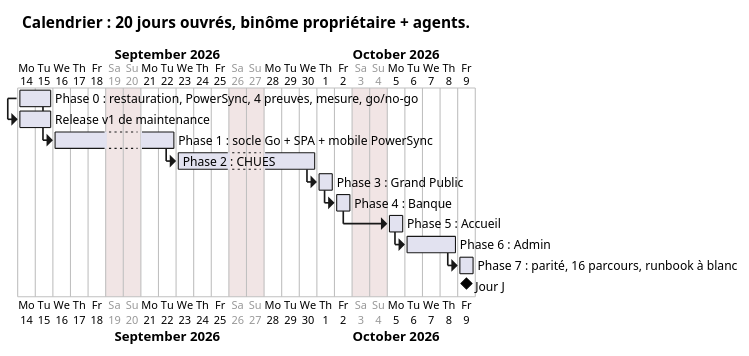
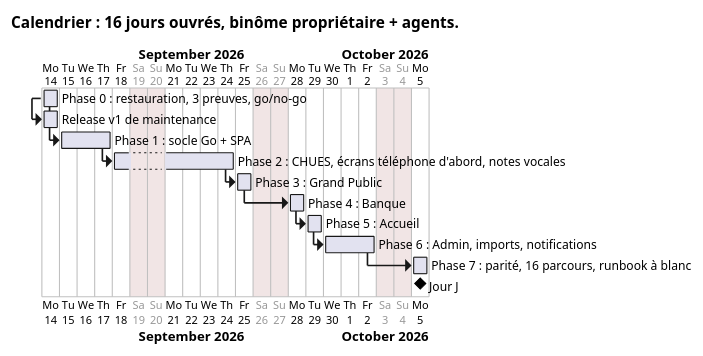
One commit to Compagnie-Prestige-Immobilier/crm-monorepo changed the diagram in docs/v2-refonte/diagrammes/07-calendrier.puml. Above: the diagram before and after it, drawn with PlantUML. The commit also changed 15 other files, not shown here.

```diff
--- a/docs/v2-refonte/diagrammes/07-calendrier.puml
+++ b/docs/v2-refonte/diagrammes/07-calendrier.puml
@@ -1,26 +1,26 @@
 @startgantt 07-calendrier
-title Calendrier : 20 jours ouvrés, binôme propriétaire + agents.
+title Calendrier : 16 jours ouvrés, binôme propriétaire + agents.
 printscale daily
 saturday are closed
 sunday are closed
 Project starts 2026-09-14
 
-[Phase 0 : restauration, PowerSync, 4 preuves, mesure, go/no-go] lasts 2 days
-[Release v1 de maintenance] lasts 2 days
-[Release v1 de maintenance] starts at [Phase 0 : restauration, PowerSync, 4 preuves, mesure, go/no-go]'s start
-[Phase 1 : socle Go + SPA + mobile PowerSync] lasts 5 days
-[Phase 1 : socle Go + SPA + mobile PowerSync] starts at [Phase 0 : restauration, PowerSync, 4 preuves, mesure, go/no-go]'s end
-[Phase 2 : CHUES] lasts 6 days
-[Phase 2 : CHUES] starts at [Phase 1 : socle Go + SPA + mobile PowerSync]'s end
+[Phase 0 : restauration, 3 preuves, go/no-go] lasts 1 day
+[Release v1 de maintenance] lasts 1 day
+[Release v1 de maintenance] starts at [Phase 0 : restauration, 3 preuves, go/no-go]'s start
+[Phase 1 : socle Go + SPA] lasts 3 days
+[Phase 1 : socle Go + SPA] starts at [Phase 0 : restauration, 3 preuves, go/no-go]'s end
+[Phase 2 : CHUES, écrans téléphone d'abord, notes vocales] lasts 5 days
+[Phase 2 : CHUES, écrans téléphone d'abord, notes vocales] starts at [Phase 1 : socle Go + SPA]'s end
 [Phase 3 : Grand Public] lasts 1 day
-[Phase 3 : Grand Public] starts at [Phase 2 : CHUES]'s end
+[Phase 3 : Grand Public] starts at [Phase 2 : CHUES, écrans téléphone d'abord, notes vocales]'s end
 [Phase 4 : Banque] lasts 1 day
 [Phase 4 : Banque] starts at [Phase 3 : Grand Public]'s end
 [Phase 5 : Accueil] lasts 1 day
 [Phase 5 : Accueil] starts at [Phase 4 : Banque]'s end
-[Phase 6 : Admin] lasts 3 days
-[Phase 6 : Admin] starts at [Phase 5 : Accueil]'s end
+[Phase 6 : Admin, imports, notifications] lasts 3 days
+[Phase 6 : Admin, imports, notifications] starts at [Phase 5 : Accueil]'s end
 [Phase 7 : parité, 16 parcours, runbook à blanc] lasts 1 day
-[Phase 7 : parité, 16 parcours, runbook à blanc] starts at [Phase 6 : Admin]'s end
+[Phase 7 : parité, 16 parcours, runbook à blanc] starts at [Phase 6 : Admin, imports, notifications]'s end
 [Jour J] happens at [Phase 7 : parité, 16 parcours, runbook à blanc]'s end
 @endgantt
```
